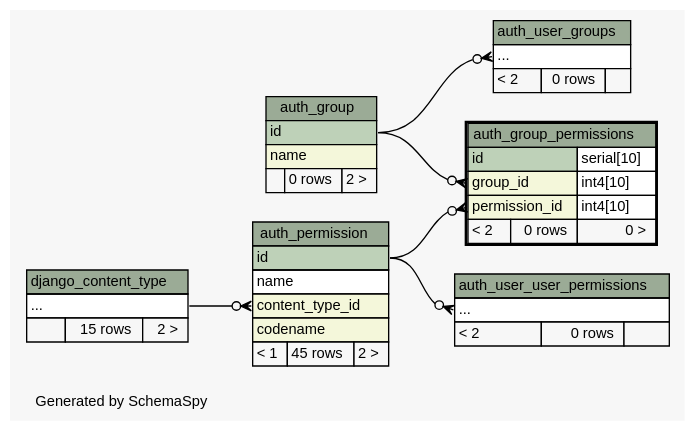
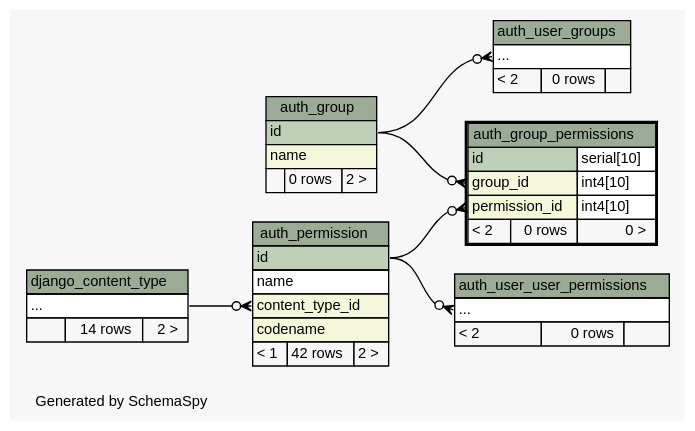
Before and after one commit to jingyayeah/multiscale-galactose: the diagram in database/schema/diagrams/auth_group_permissions.2degrees.dot, drawn with Graphviz. The commit also changed 220 other files, not shown here.

Commit message:
Database schema updated & refactoring the Simulation Factories

```diff
--- a/database/schema/diagrams/auth_group_permissions.2degrees.dot
+++ b/database/schema/diagrams/auth_group_permissions.2degrees.dot
@@ -1,93 +1,93 @@
-// dot 2.26.3 on Linux 3.11.0-12-generic
+// dot 2.36.0 on Linux 3.13.0-43-generic
 // SchemaSpy rev 590
 digraph "twoDegreesRelationshipsDiagram" {
   graph [
     rankdir="RL"
     bgcolor="#f7f7f7"
     label="\nGenerated by SchemaSpy"
     labeljust="l"
     nodesep="0.18"
     ranksep="0.46"
     fontname="Helvetica"
     fontsize="11"
   ];
   node [
     fontname="Helvetica"
     fontsize="11"
     shape="plaintext"
   ];
   edge [
     arrowsize="0.8"
   ];
   "auth_group_permissions":"group_id":w -> "auth_group":"id":e [arrowhead=none dir=back arrowtail=crowodot];
   "auth_group_permissions":"permission_id":w -> "auth_permission":"id":e [arrowhead=none dir=back arrowtail=crowodot];
   "auth_permission":"content_type_id":w -> "django_content_type":"elipses":e [arrowhead=none dir=back arrowtail=crowodot];
   "auth_user_groups":"elipses":w -> "auth_group":"id":e [arrowhead=none dir=back arrowtail=crowodot];
   "auth_user_user_permissions":"elipses":w -> "auth_permission":"id":e [arrowhead=none dir=back arrowtail=crowodot];
   "auth_group" [
     label=<
     <TABLE BORDER="0" CELLBORDER="1" CELLSPACING="0" BGCOLOR="#ffffff">
       <TR><TD COLSPAN="3" BGCOLOR="#9bab96" ALIGN="CENTER">auth_group</TD></TR>
       <TR><TD PORT="id" COLSPAN="3" BGCOLOR="#bed1b8" ALIGN="LEFT">id</TD></TR>
       <TR><TD PORT="name" COLSPAN="3" BGCOLOR="#f4f7da" ALIGN="LEFT">name</TD></TR>
       <TR><TD ALIGN="LEFT" BGCOLOR="#f7f7f7">  </TD><TD ALIGN="RIGHT" BGCOLOR="#f7f7f7">0 rows</TD><TD ALIGN="RIGHT" BGCOLOR="#f7f7f7">2 &gt;</TD></TR>
     </TABLE>>
     URL="auth_group.html"
     tooltip="auth_group"
   ];
   "auth_group_permissions" [
     label=<
     <TABLE BORDER="2" CELLBORDER="1" CELLSPACING="0" BGCOLOR="#ffffff">
       <TR><TD COLSPAN="3" BGCOLOR="#9bab96" ALIGN="CENTER">auth_group_permissions</TD></TR>
       <TR><TD PORT="id" COLSPAN="2" BGCOLOR="#bed1b8" ALIGN="LEFT">id</TD><TD PORT="id.type" ALIGN="LEFT">serial[10]</TD></TR>
       <TR><TD PORT="group_id" COLSPAN="2" BGCOLOR="#f4f7da" ALIGN="LEFT">group_id</TD><TD PORT="group_id.type" ALIGN="LEFT">int4[10]</TD></TR>
       <TR><TD PORT="permission_id" COLSPAN="2" BGCOLOR="#f4f7da" ALIGN="LEFT">permission_id</TD><TD PORT="permission_id.type" ALIGN="LEFT">int4[10]</TD></TR>
       <TR><TD ALIGN="LEFT" BGCOLOR="#f7f7f7">&lt; 2</TD><TD ALIGN="RIGHT" BGCOLOR="#f7f7f7">0 rows</TD><TD ALIGN="RIGHT" BGCOLOR="#f7f7f7">0 &gt;</TD></TR>
     </TABLE>>
     URL="auth_group_permissions.html"
     tooltip="auth_group_permissions"
   ];
   "auth_permission" [
     label=<
     <TABLE BORDER="0" CELLBORDER="1" CELLSPACING="0" BGCOLOR="#ffffff">
       <TR><TD COLSPAN="3" BGCOLOR="#9bab96" ALIGN="CENTER">auth_permission</TD></TR>
       <TR><TD PORT="id" COLSPAN="3" BGCOLOR="#bed1b8" ALIGN="LEFT">id</TD></TR>
       <TR><TD PORT="name" COLSPAN="3" ALIGN="LEFT">name</TD></TR>
       <TR><TD PORT="content_type_id" COLSPAN="3" BGCOLOR="#f4f7da" ALIGN="LEFT">content_type_id</TD></TR>
       <TR><TD PORT="codename" COLSPAN="3" BGCOLOR="#f4f7da" ALIGN="LEFT">codename</TD></TR>
-      <TR><TD ALIGN="LEFT" BGCOLOR="#f7f7f7">&lt; 1</TD><TD ALIGN="RIGHT" BGCOLOR="#f7f7f7">45 rows</TD><TD ALIGN="RIGHT" BGCOLOR="#f7f7f7">2 &gt;</TD></TR>
+      <TR><TD ALIGN="LEFT" BGCOLOR="#f7f7f7">&lt; 1</TD><TD ALIGN="RIGHT" BGCOLOR="#f7f7f7">42 rows</TD><TD ALIGN="RIGHT" BGCOLOR="#f7f7f7">2 &gt;</TD></TR>
     </TABLE>>
     URL="auth_permission.html"
     tooltip="auth_permission"
   ];
   "auth_user_groups" [
     label=<
     <TABLE BORDER="0" CELLBORDER="1" CELLSPACING="0" BGCOLOR="#ffffff">
       <TR><TD COLSPAN="3" BGCOLOR="#9bab96" ALIGN="CENTER">auth_user_groups</TD></TR>
       <TR><TD PORT="elipses" COLSPAN="3" ALIGN="LEFT">...</TD></TR>
       <TR><TD ALIGN="LEFT" BGCOLOR="#f7f7f7">&lt; 2</TD><TD ALIGN="RIGHT" BGCOLOR="#f7f7f7">0 rows</TD><TD ALIGN="RIGHT" BGCOLOR="#f7f7f7">  </TD></TR>
     </TABLE>>
     URL="auth_user_groups.html"
     tooltip="auth_user_groups"
   ];
   "auth_user_user_permissions" [
     label=<
     <TABLE BORDER="0" CELLBORDER="1" CELLSPACING="0" BGCOLOR="#ffffff">
       <TR><TD COLSPAN="3" BGCOLOR="#9bab96" ALIGN="CENTER">auth_user_user_permissions</TD></TR>
       <TR><TD PORT="elipses" COLSPAN="3" ALIGN="LEFT">...</TD></TR>
       <TR><TD ALIGN="LEFT" BGCOLOR="#f7f7f7">&lt; 2</TD><TD ALIGN="RIGHT" BGCOLOR="#f7f7f7">0 rows</TD><TD ALIGN="RIGHT" BGCOLOR="#f7f7f7">  </TD></TR>
     </TABLE>>
     URL="auth_user_user_permissions.html"
     tooltip="auth_user_user_permissions"
   ];
   "django_content_type" [
     label=<
     <TABLE BORDER="0" CELLBORDER="1" CELLSPACING="0" BGCOLOR="#ffffff">
       <TR><TD COLSPAN="3" BGCOLOR="#9bab96" ALIGN="CENTER">django_content_type</TD></TR>
       <TR><TD PORT="elipses" COLSPAN="3" ALIGN="LEFT">...</TD></TR>
-      <TR><TD ALIGN="LEFT" BGCOLOR="#f7f7f7">  </TD><TD ALIGN="RIGHT" BGCOLOR="#f7f7f7">15 rows</TD><TD ALIGN="RIGHT" BGCOLOR="#f7f7f7">2 &gt;</TD></TR>
+      <TR><TD ALIGN="LEFT" BGCOLOR="#f7f7f7">  </TD><TD ALIGN="RIGHT" BGCOLOR="#f7f7f7">14 rows</TD><TD ALIGN="RIGHT" BGCOLOR="#f7f7f7">2 &gt;</TD></TR>
     </TABLE>>
     URL="django_content_type.html"
     tooltip="django_content_type"
   ];
 }
```
